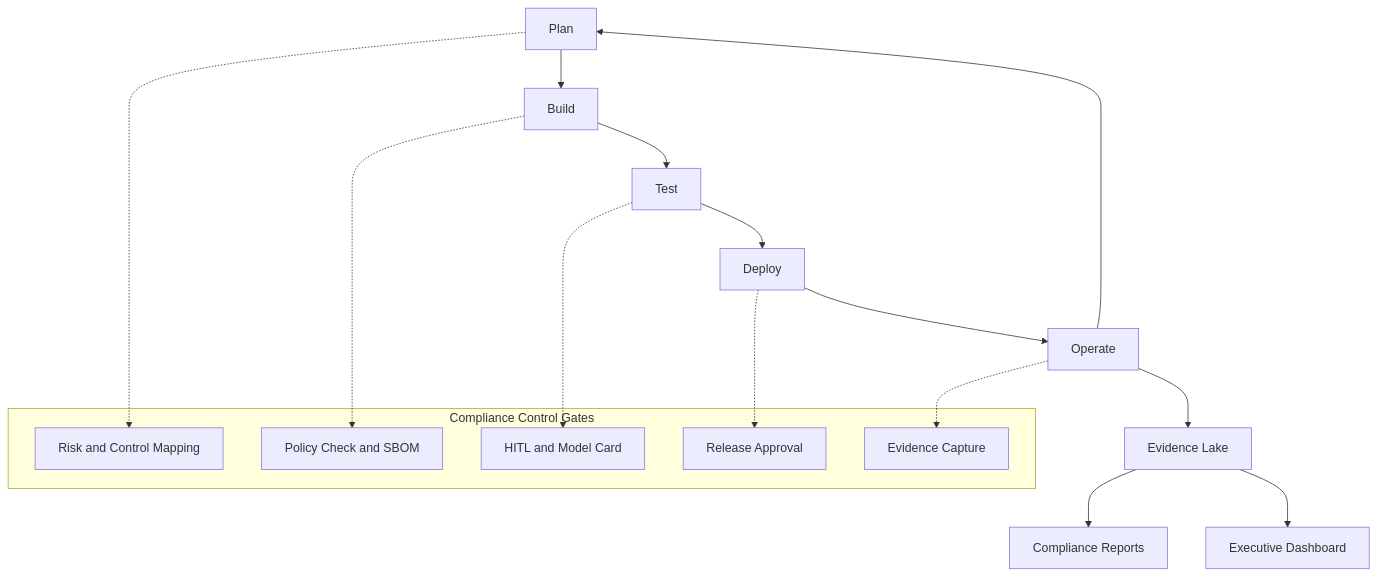
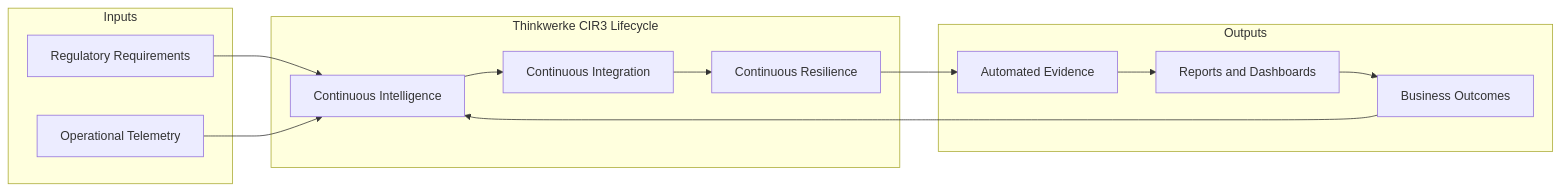
The first of 3 diagrams in CIR³ Framework.md (Mynkskhr/Mapping), drawn with Mermaid before and after one commit.

Commit message:
Update CIR³ Framework.md

````diff
--- a/CIR³ Framework.md
+++ b/CIR³ Framework.md
@@ -33,30 +33,30 @@
 ```mermaid
 
-flowchart TD
-  A[Plan] --> B[Build]
-  B --> C[Test]
-  C --> D[Deploy]
-  D --> E[Operate]
-  E --> A
-
-  subgraph GATES[Compliance Control Gates]
-    G1[Risk and Control Mapping]
-    G2[Policy Check and SBOM]
-    G3[HITL and Model Card]
-    G4[Release Approval]
-    G5[Evidence Capture]
+flowchart LR
+  subgraph INPUTS [Inputs]
+    REG[Regulatory Requirements]
+    TEL[Operational Telemetry]
   end
 
-  %% gates bound to stages
-  A -.-> G1
-  B -.-> G2
-  C -.-> G3
-  D -.-> G4
-  E -.-> G5
+  subgraph CIR3 [Thinkwerke CIR3 Lifecycle]
+    CI[Continuous Intelligence]
+    CN[Continuous Integration]
+    CR[Continuous Resilience]
+  end
 
-  %% evidence and reporting
-  E --> EV[Evidence Lake]
-  EV --> RP[Compliance Reports]
-  EV --> DB[Executive Dashboard]
+  subgraph OUTPUTS [Outputs]
+    EVID[Automated Evidence]
+    RPTS[Reports and Dashboards]
+    VALUE[Business Outcomes]
+  end
+
+  REG --> CI
+  TEL --> CI
+  CI --> CN
+  CN --> CR
+  CR --> EVID
+  EVID --> RPTS
+  RPTS --> VALUE
+  VALUE --> CI
 
 ```
````
